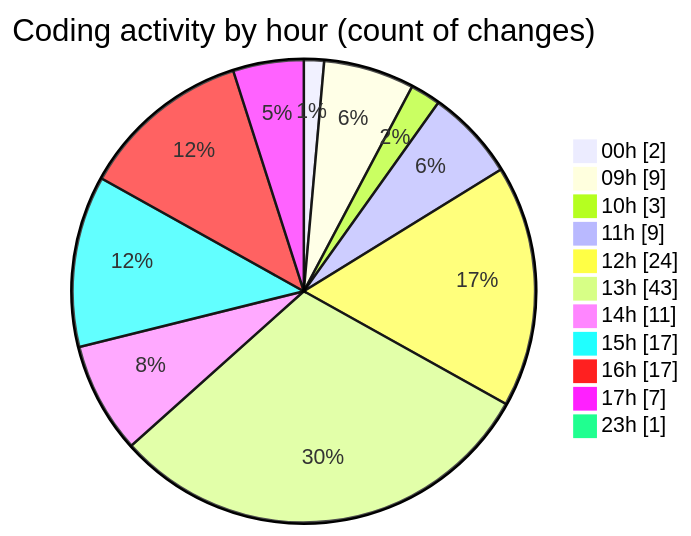
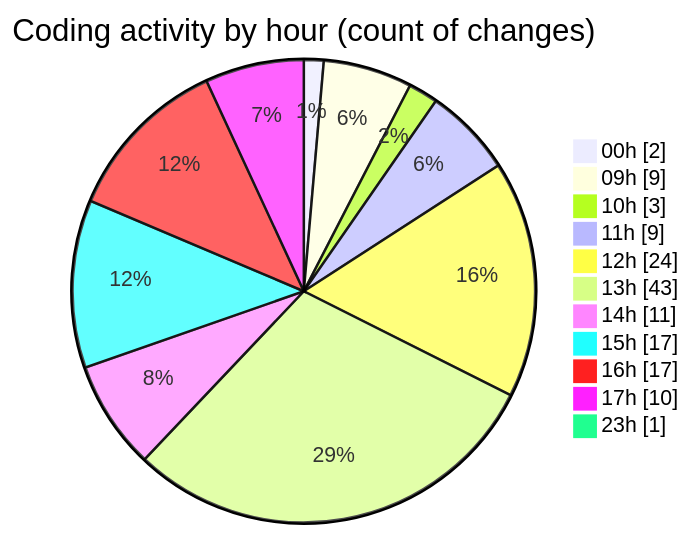
The second of 2 diagrams in 2025-07-29/cda/README.md (momahboobian/code-tracking), drawn with Mermaid before and after one commit. The commit also changed other lines of this file and 1 other file, not shown here.

````diff
--- a/2025-07-29/cda/README.md
+++ b/2025-07-29/cda/README.md
@@ -40,15 +40,15 @@
 ```mermaid
 pie showData
 title Coding activity by hour (count of changes)
 "00h" : 2
 "09h" : 9
 "10h" : 3
 "11h" : 9
 "12h" : 24
 "13h" : 43
 "14h" : 11
 "15h" : 17
 "16h" : 17
-"17h" : 7
+"17h" : 10
 "23h" : 1
 ```
````
